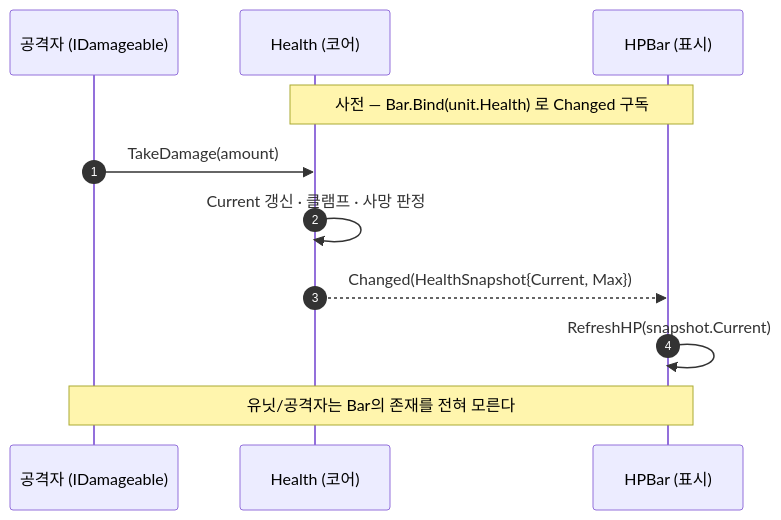
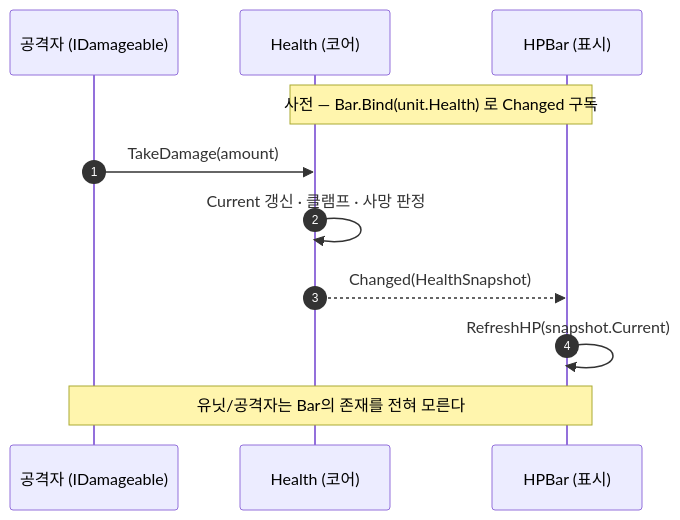
The fifth of 5 diagrams in README.md (MelonS/favilla-assignment), drawn with Mermaid before and after one commit. The commit also changed other lines of this file, not shown here.

Commit message:
docs: Mermaid 다이어그램 라벨을 파이프 형식으로 정리 (렌더 견고성)

````diff
--- a/README.md
+++ b/README.md
@@ -248,13 +248,13 @@
 ```mermaid
 sequenceDiagram
     autonumber
     participant Atk as 공격자 (IDamageable)
     participant H as Health (코어)
     participant Bar as HPBar (표시)
     Note over Bar,H: 사전 — Bar.Bind(unit.Health) 로 Changed 구독
     Atk->>H: TakeDamage(amount)
     H->>H: Current 갱신 · 클램프 · 사망 판정
-    H-->>Bar: Changed(HealthSnapshot{Current, Max})
+    H-->>Bar: Changed(HealthSnapshot)
     Bar->>Bar: RefreshHP(snapshot.Current)
     Note over Atk,Bar: 유닛/공격자는 Bar의 존재를 전혀 모른다
 ```
````
